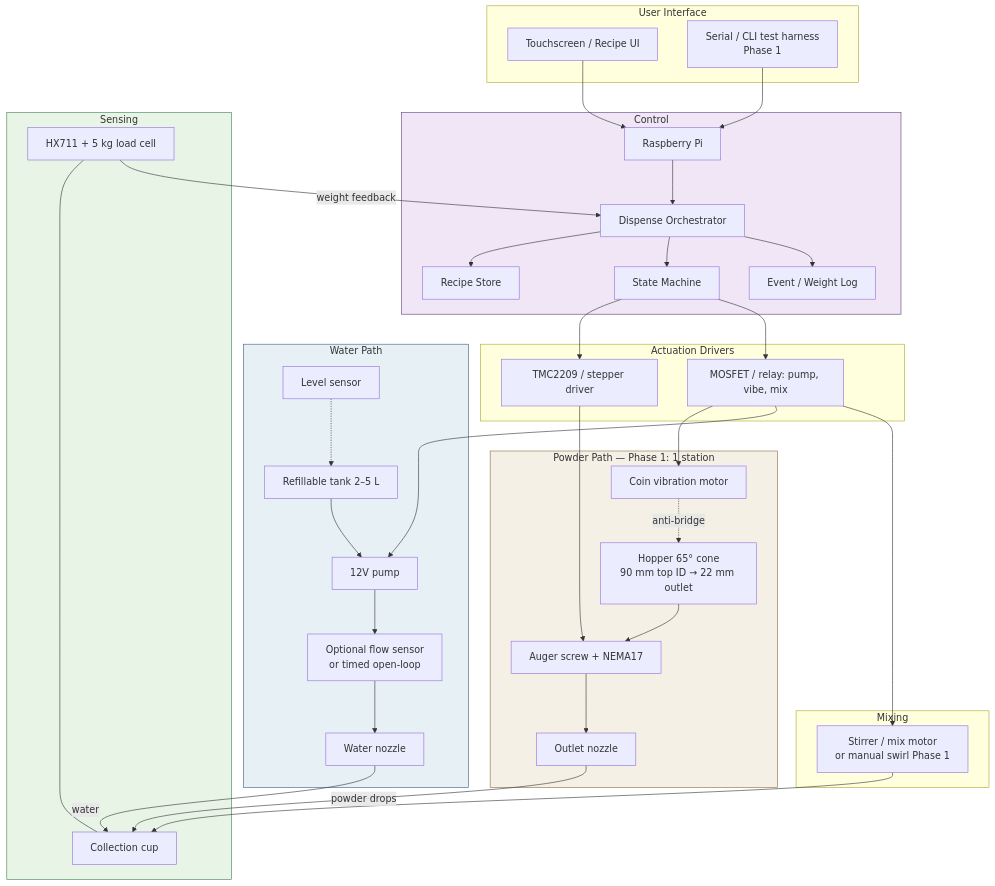
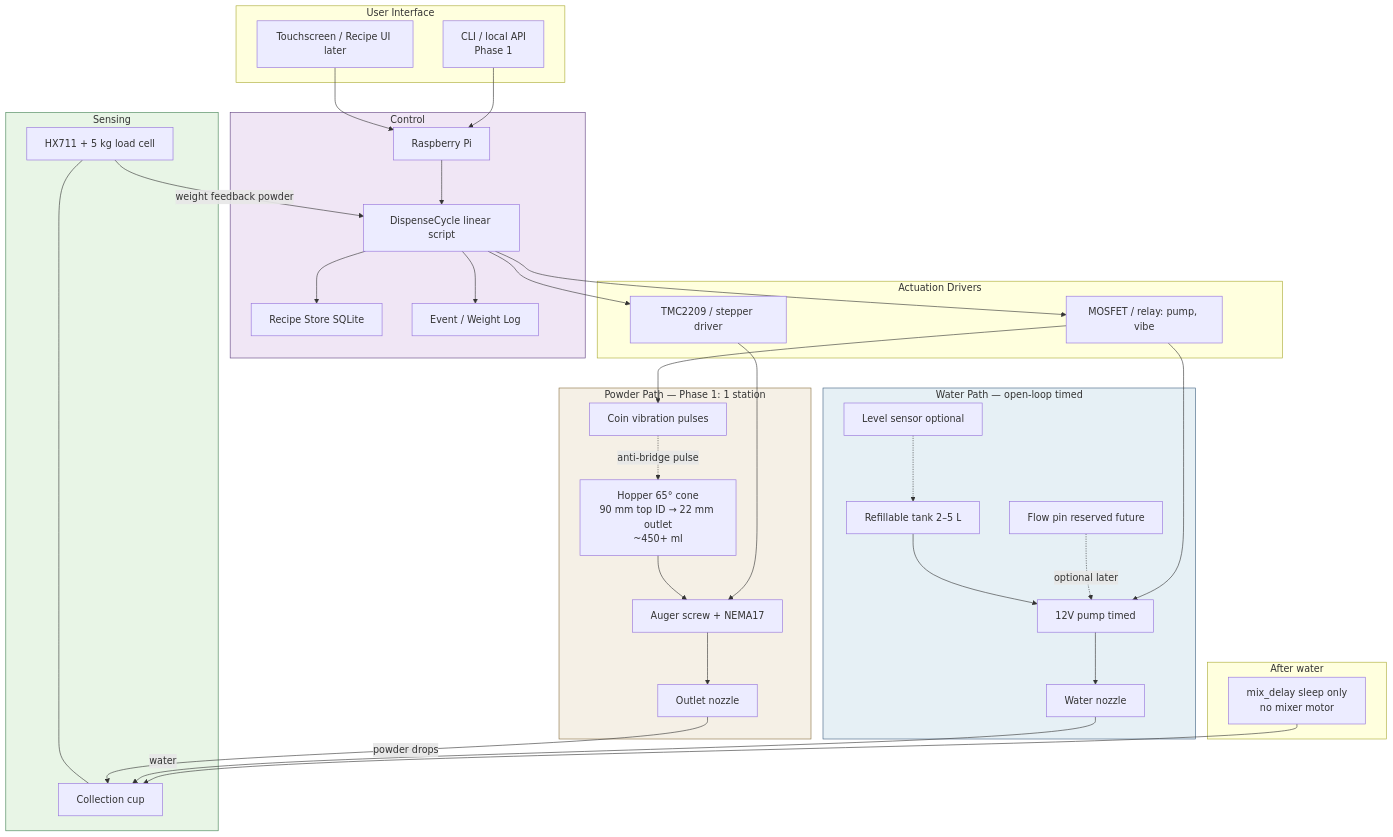
Before and after one commit to mlwhite0907/DIY-Supplement-Dispenser: the diagram in docs/diagrams/system_overview.mmd, drawn with Mermaid. The commit also changed 54 other files, not shown here.

```diff
--- a/docs/diagrams/system_overview.mmd
+++ b/docs/diagrams/system_overview.mmd
@@ -1,69 +1,68 @@
-%% DIY Supplement Dispenser — System Overview (Phase 1 focus + Phase 2+ expansion)
+%% DIY Supplement Dispenser — System Overview (Phase 1 honesty)
 %% Render with Mermaid (GitHub, mermaid.live, etc.)
 
 flowchart TB
   subgraph UI["User Interface"]
-    TS[Touchscreen / Recipe UI]
-    SER[Serial / CLI test harness<br/>Phase 1]
+    TS[Touchscreen / Recipe UI later]
+    SER[CLI / local API<br/>Phase 1]
   end
 
   subgraph CTRL["Control"]
     PI[Raspberry Pi]
-    PI --> APP[Dispense Orchestrator]
-    APP --> RECIPE[Recipe Store]
-    APP --> STATE[State Machine]
+    PI --> APP[DispenseCycle linear script]
+    APP --> RECIPE[Recipe Store SQLite]
     APP --> LOG[Event / Weight Log]
   end
 
   subgraph POWDER["Powder Path — Phase 1: 1 station"]
-    HOP[Hopper 65° cone<br/>90 mm top ID → 22 mm outlet]
-    VIBE[Coin vibration motor]
+    HOP[Hopper 65° cone<br/>90 mm top ID → 22 mm outlet<br/>~450+ ml]
+    VIBE[Coin vibration pulses]
     AUG[Auger screw + NEMA17]
     OUT[Outlet nozzle]
     HOP --> AUG
-    VIBE -.->|anti-bridge| HOP
+    VIBE -.->|anti-bridge pulse| HOP
     AUG --> OUT
   end
 
-  subgraph WATER["Water Path"]
+  subgraph WATER["Water Path — open-loop timed"]
     TANK[Refillable tank 2–5 L]
-    LVL[Level sensor]
-    PUMP[12V pump]
-    FLOW[Optional flow sensor<br/>or timed open-loop]
+    LVL[Level sensor optional]
+    PUMP[12V pump timed]
+    FLOW[Flow pin reserved future]
     NOZ[Water nozzle]
-    TANK --> PUMP --> FLOW --> NOZ
+    TANK --> PUMP --> NOZ
     LVL -.-> TANK
+    FLOW -.->|optional later| PUMP
   end
 
   subgraph SENSE["Sensing"]
     LC[HX711 + 5 kg load cell]
     CUP[Collection cup]
     LC --- CUP
   end
 
-  subgraph MIX["Mixing"]
-    STIR[Stirrer / mix motor<br/>or manual swirl Phase 1]
+  subgraph MIX["After water"]
+    DELAY[mix_delay sleep only<br/>no mixer motor]
   end
 
   subgraph ACT["Actuation Drivers"]
     TMC[TMC2209 / stepper driver]
-    MOSFET[MOSFET / relay: pump, vibe, mix]
+    MOSFET[MOSFET / relay: pump, vibe]
   end
 
   TS --> PI
   SER --> PI
-  STATE --> TMC
-  STATE --> MOSFET
+  APP --> TMC
+  APP --> MOSFET
   TMC --> AUG
   MOSFET --> VIBE
   MOSFET --> PUMP
-  MOSFET --> STIR
   OUT -->|powder drops| CUP
   NOZ -->|water| CUP
-  STIR --> CUP
-  LC -->|weight feedback| APP
+  DELAY --> CUP
+  LC -->|weight feedback powder| APP
 
   style POWDER fill:#f5f0e6,stroke:#8a7040
   style WATER fill:#e6f0f5,stroke:#406080
   style SENSE fill:#e8f5e6,stroke:#408050
   style CTRL fill:#f0e6f5,stroke:#604080
```
